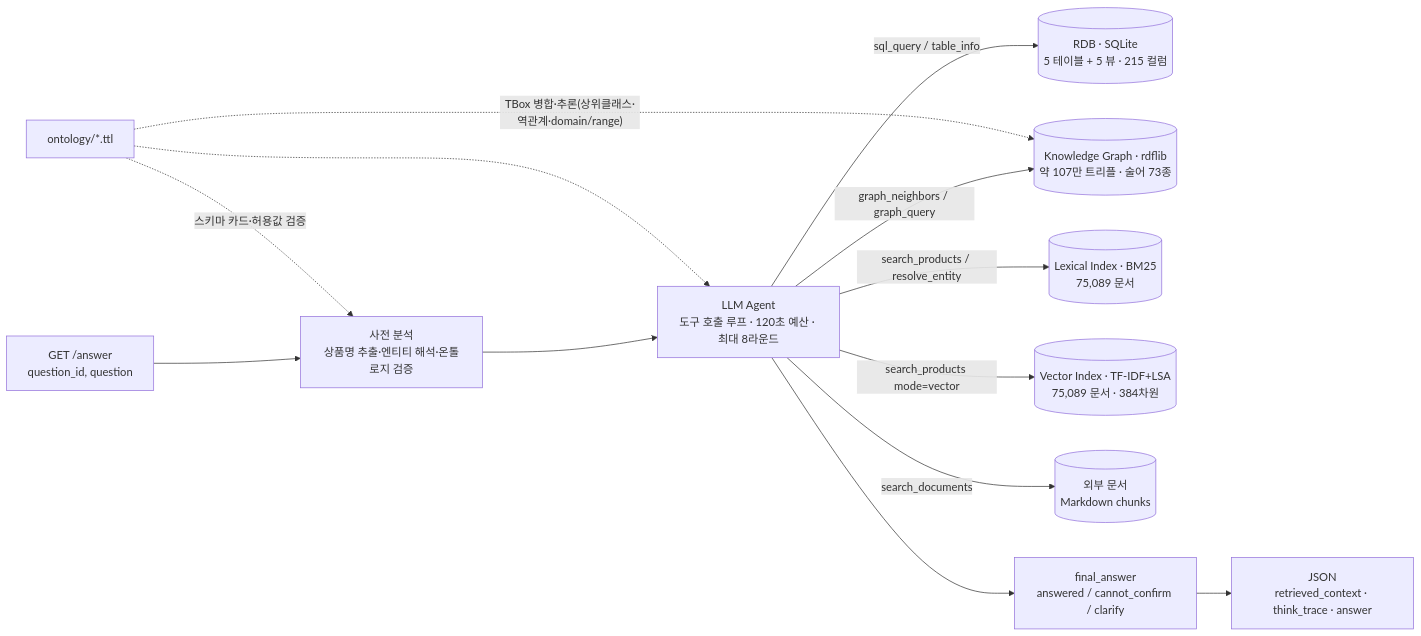
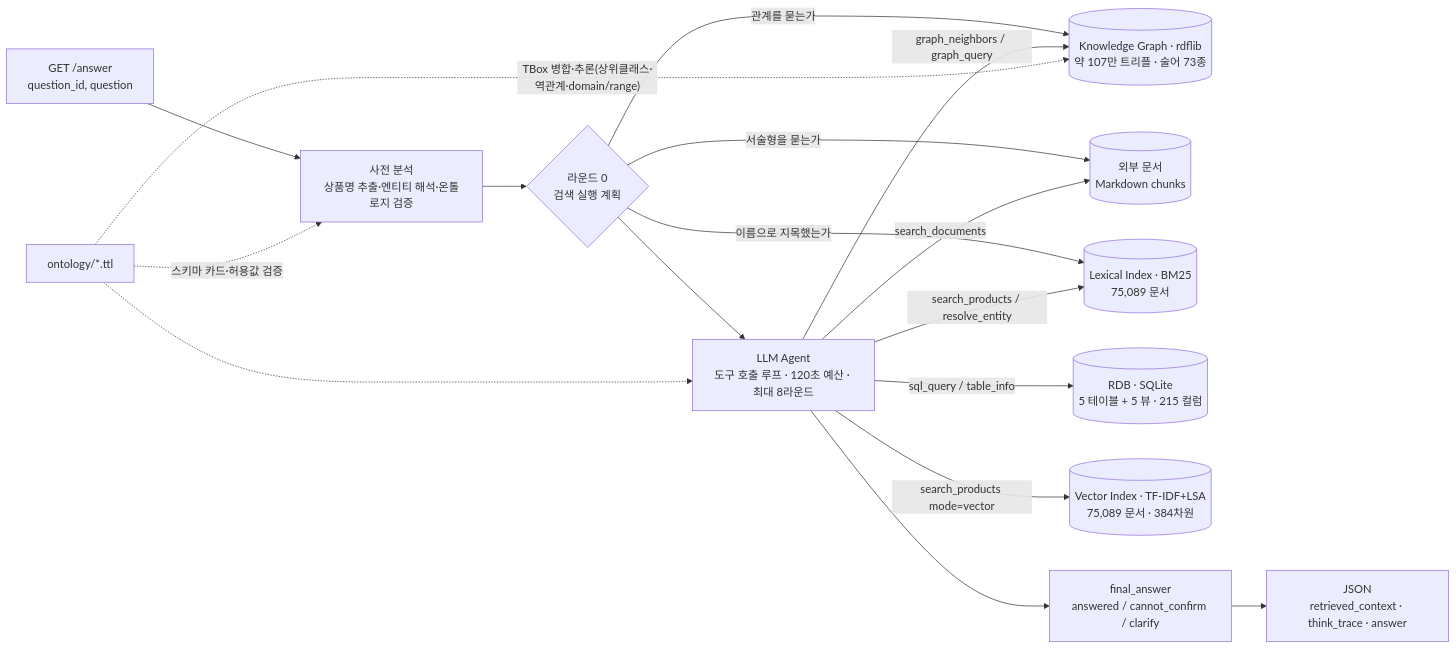
One commit to heon-1219/tradingDecisionAgent changed the first of 2 diagrams in README.md. Above: the diagram before and after it, drawn with Mermaid. The commit also changed other lines of this file and 4 other files, not shown here.

````diff
--- a/README.md
+++ b/README.md
@@ -26,15 +26,20 @@
 ```mermaid
 flowchart LR
     Q[GET /answer<br/>question_id, question] --> P[사전 분석<br/>상품명 추출·엔티티 해석·온톨로지 검증]
-    P --> A[LLM Agent<br/>도구 호출 루프 · 120초 예산 · 최대 8라운드]
+    P --> RT{라운드 0<br/>검색 실행 계획}
+    RT -->|관계를 묻는가| G
+    RT -->|서술형을 묻는가| D
+    RT -->|이름으로 지목했는가| V
+    RT --> A
+    A[LLM Agent<br/>도구 호출 루프 · 120초 예산 · 최대 8라운드]
     A -->|sql_query / table_info| R[(RDB · SQLite<br/>5 테이블 + 5 뷰 · 215 컬럼)]
     A -->|graph_neighbors / graph_query| G[(Knowledge Graph · rdflib<br/>약 107만 트리플 · 술어 73종)]
     A -->|search_products / resolve_entity| V[(Lexical Index · BM25<br/>75,089 문서)]
     A -->|search_products mode=vector| E[(Vector Index · TF-IDF+LSA<br/>75,089 문서 · 384차원)]
     A -->|search_documents| D[(외부 문서<br/>Markdown chunks)]
     O[ontology/*.ttl] -.스키마 카드·허용값 검증.-> P
     O -.TBox 병합·추론(상위클래스·역관계·domain/range).-> G
     O -.-> A
     A --> F[final_answer<br/>answered / cannot_confirm / clarify]
     F --> J[JSON<br/>retrieved_context · think_trace · answer]
 ```
````
